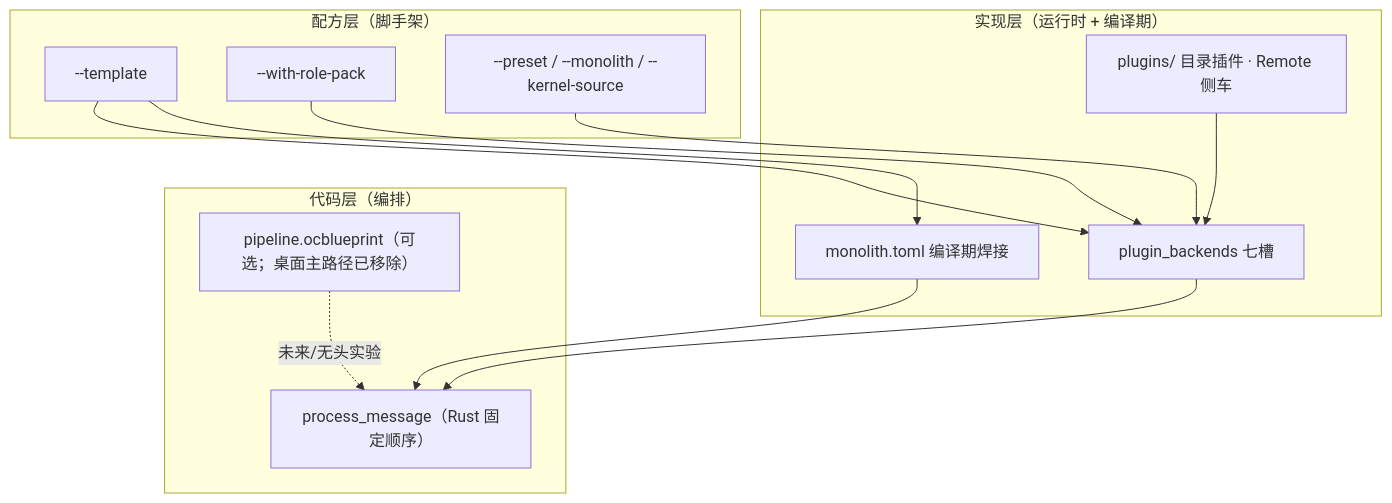
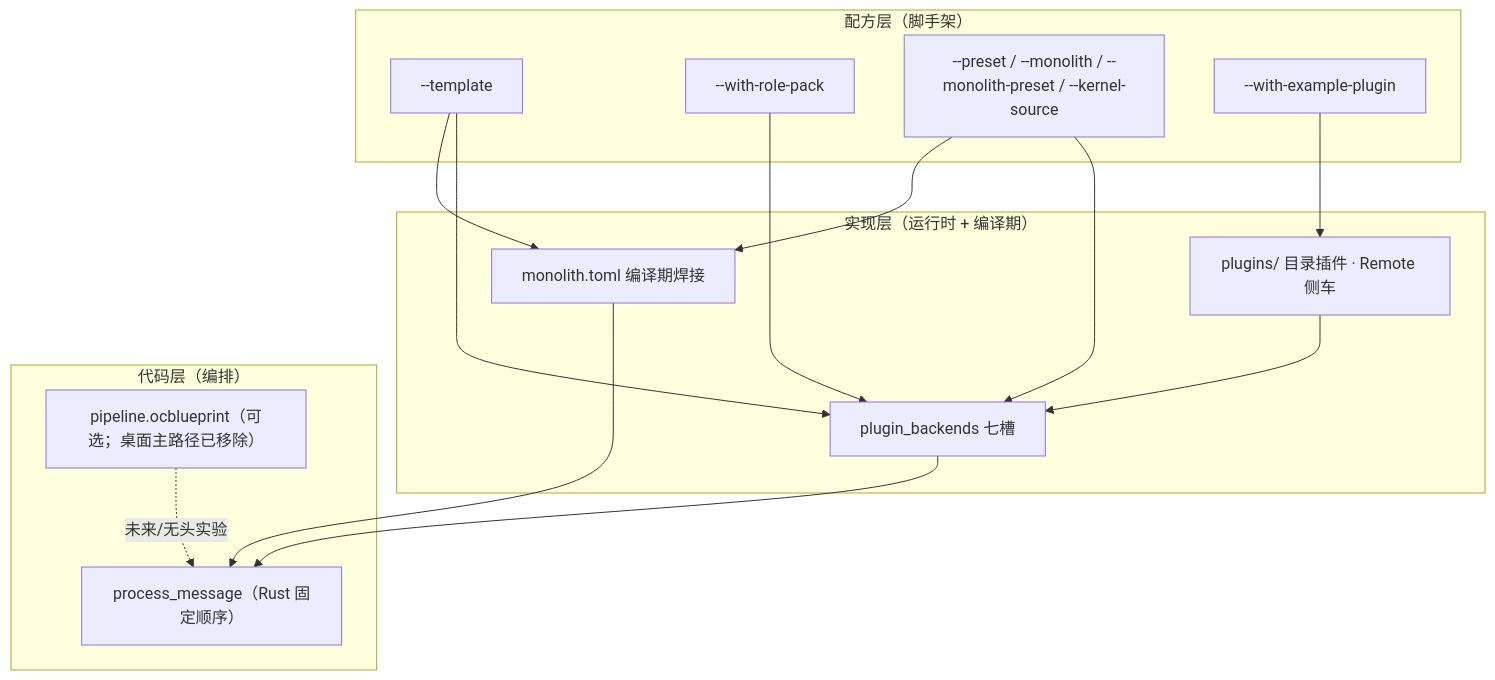
The diagram in creator-docs/getting-started/KERNEL_FACTORY_VISION.md (linkaiheng2233-cyber/oclivenewnew), drawn with Mermaid before and after one commit. The commit also changed other lines of this file and 4 other files, not shown here.

````diff
--- a/creator-docs/getting-started/KERNEL_FACTORY_VISION.md
+++ b/creator-docs/getting-started/KERNEL_FACTORY_VISION.md
@@ -11,25 +11,28 @@
 ```mermaid
 flowchart TB
   subgraph recipe["配方层（脚手架）"]
     T["--template"]
     R["--with-role-pack"]
-    P["--preset / --monolith / --kernel-source"]
+    P["--preset / --monolith / --monolith-preset / --kernel-source"]
+    E["--with-example-plugin"]
   end
   subgraph impl["实现层（运行时 + 编译期）"]
     PB["plugin_backends 七槽"]
     M["monolith.toml 编译期焊接"]
     PL["plugins/ 目录插件 · Remote 侧车"]
   end
   subgraph code["代码层（编排）"]
     PM["process_message（Rust 固定顺序）"]
     BP["pipeline.ocblueprint（可选；桌面主路径已移除）"]
   end
   T --> PB
   R --> PB
   P --> PB
   T --> M
+  P --> M
+  E --> PL
   PB --> PM
   M --> PM
   PL --> PB
   BP -.->|未来/无头实验| PM
 ```
````
